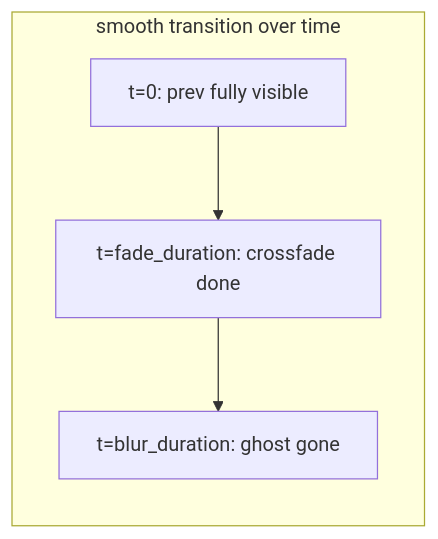
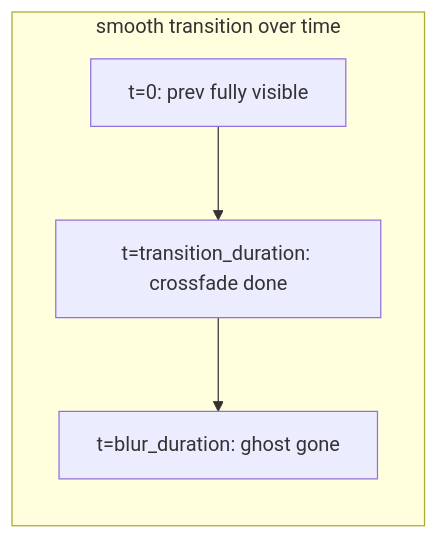
The fourth of 6 diagrams in README.md (jeroenbakker-atmind/rs-vulkan), drawn with Mermaid before and after one commit. The commit also changed other lines of this file and 3 other files, not shown here.

````diff
--- a/README.md
+++ b/README.md
@@ -123,7 +123,7 @@
 ```mermaid
 flowchart LR
     subgraph Smooth [smooth transition over time]
-        T0[t=0: prev fully visible] --> TM[t=fade_duration: crossfade done]
+        T0[t=0: prev fully visible] --> TM[t=transition_duration: crossfade done]
         TM --> TE[t=blur_duration: ghost gone]
     end
 ```
````
